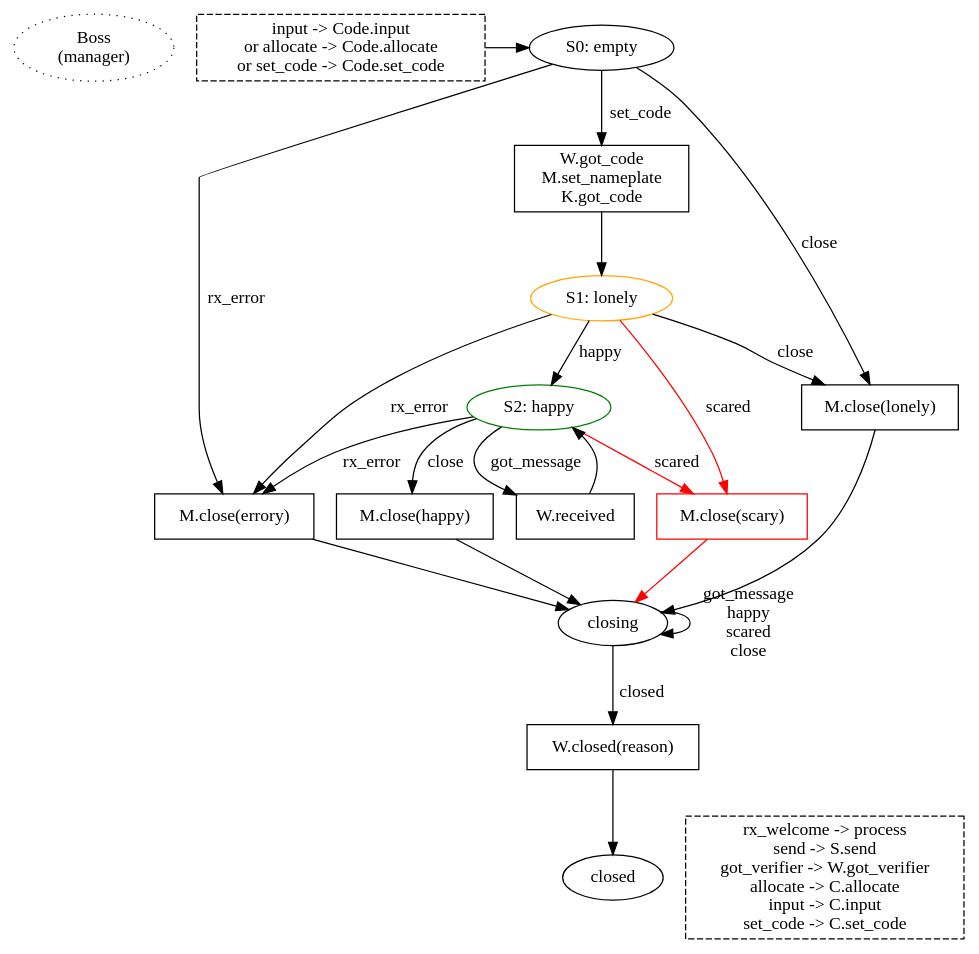
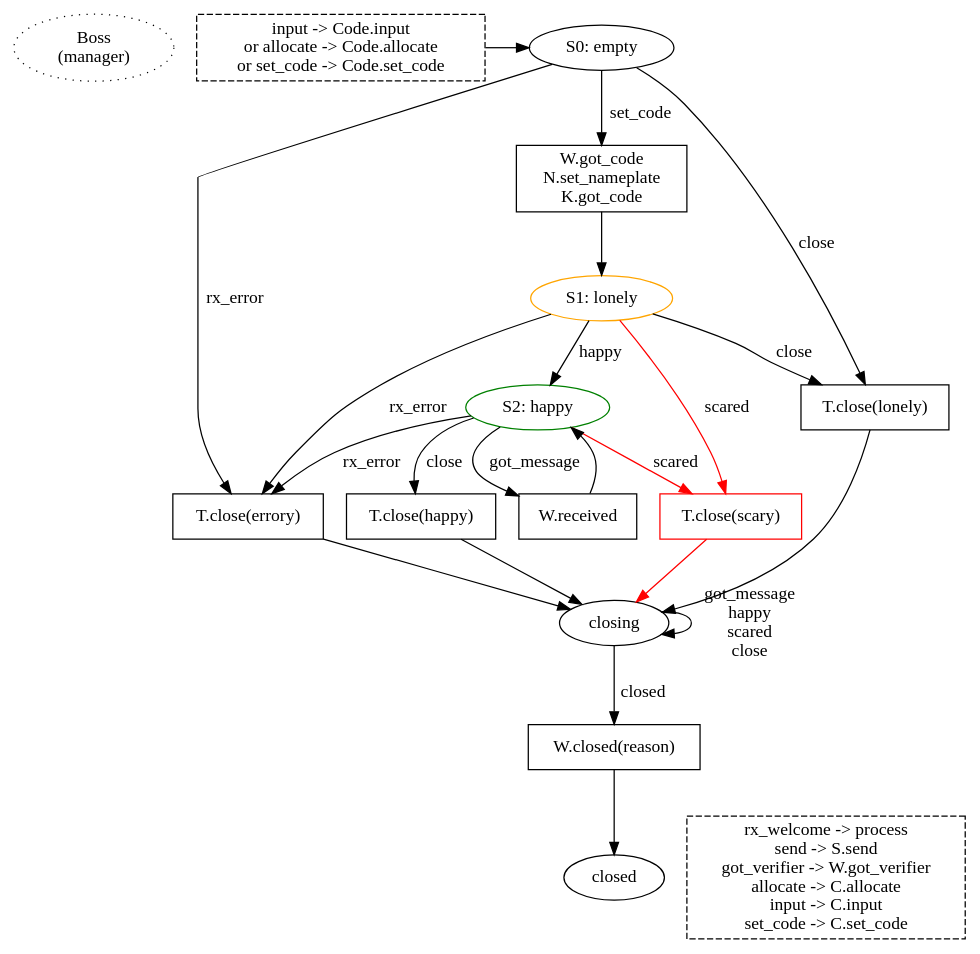
The diagram in docs/boss.dot (magic-wormhole/magic-wormhole), drawn with Graphviz before and after one commit. The commit also changed 8 other files, not shown here.

```diff
--- a/docs/boss.dot
+++ b/docs/boss.dot
@@ -1,66 +1,66 @@
 digraph {
 
         /* could shave a RTT by committing to the nameplate early, before
         finishing the rest of the code input. While the user is still
         typing/completing the code, we claim the nameplate, open the mailbox,
         and retrieve the peer's PAKE message. Then as soon as the user
         finishes entering the code, we build our own PAKE message, send PAKE,
         compute the key, send VERSION. Starting from the Return, this saves
         two round trips. OTOH it adds consequences to hitting Tab. */
 
         start [label="Boss\n(manager)" style="dotted"]
 
         {rank=same; P0_code S0}
         P0_code [shape="box" style="dashed"
                  label="input -> Code.input\n or allocate -> Code.allocate\n or set_code -> Code.set_code"]
         P0_code -> S0
         S0 [label="S0: empty"]
         S0 -> P0_build [label="set_code"]
 
         S0 -> P_close_error [label="rx_error"]
-        P_close_error [shape="box" label="M.close(errory)"]
+        P_close_error [shape="box" label="T.close(errory)"]
         P_close_error -> S_closing
         S0 -> P_close_lonely [label="close"]
 
-        P0_build [shape="box" label="W.got_code\nM.set_nameplate\nK.got_code"]
+        P0_build [shape="box" label="W.got_code\nN.set_nameplate\nK.got_code"]
         P0_build -> S1
         S1 [label="S1: lonely" color="orange"]
 
         S1 -> S2 [label="happy"]
 
         S1 -> P_close_error [label="rx_error"]
         S1 -> P_close_scary [label="scared" color="red"]
         S1 -> P_close_lonely [label="close"]
-        P_close_lonely [shape="box" label="M.close(lonely)"]
+        P_close_lonely [shape="box" label="T.close(lonely)"]
         P_close_lonely -> S_closing
 
-        P_close_scary [shape="box" label="M.close(scary)" color="red"]
+        P_close_scary [shape="box" label="T.close(scary)" color="red"]
         P_close_scary -> S_closing [color="red"]
 
         S2 [label="S2: happy" color="green"]
         S2 -> P2_close [label="close"]
-        P2_close [shape="box" label="M.close(happy)"]
+        P2_close [shape="box" label="T.close(happy)"]
         P2_close -> S_closing
 
         S2 -> P2_got_message [label="got_message"]
         P2_got_message [shape="box" label="W.received"]
         P2_got_message -> S2
 
         S2 -> P_close_error [label="rx_error"]
         S2 -> P_close_scary [label="scared" color="red"]
 
         S_closing [label="closing"]
         S_closing -> P_closed [label="closed"]
         S_closing -> S_closing [label="got_message\nhappy\nscared\nclose"]
 
         P_closed [shape="box" label="W.closed(reason)"]
         P_closed -> S_closed
         S_closed [label="closed"]
 
         {rank=same; Other S_closed}
         Other [shape="box" style="dashed"
                label="rx_welcome -> process\nsend -> S.send\ngot_verifier -> W.got_verifier\nallocate -> C.allocate\ninput -> C.input\nset_code -> C.set_code"
                ]
 
 
 }
```
